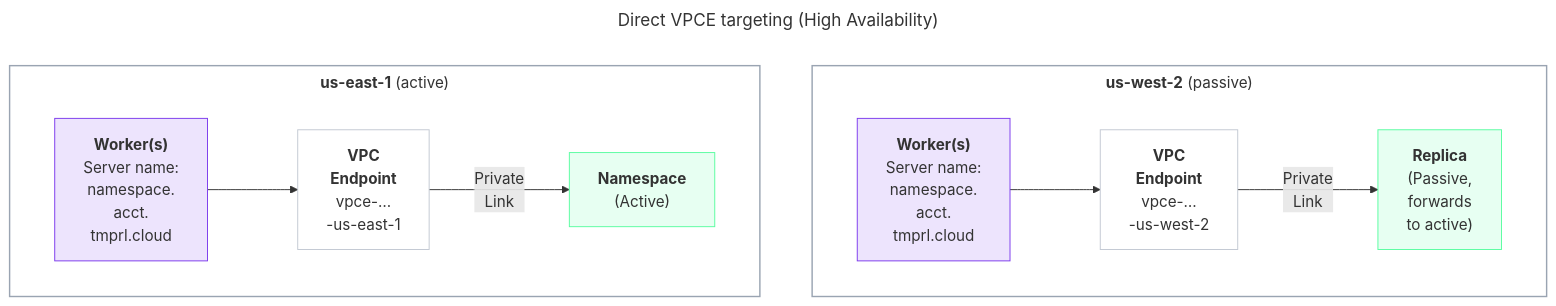
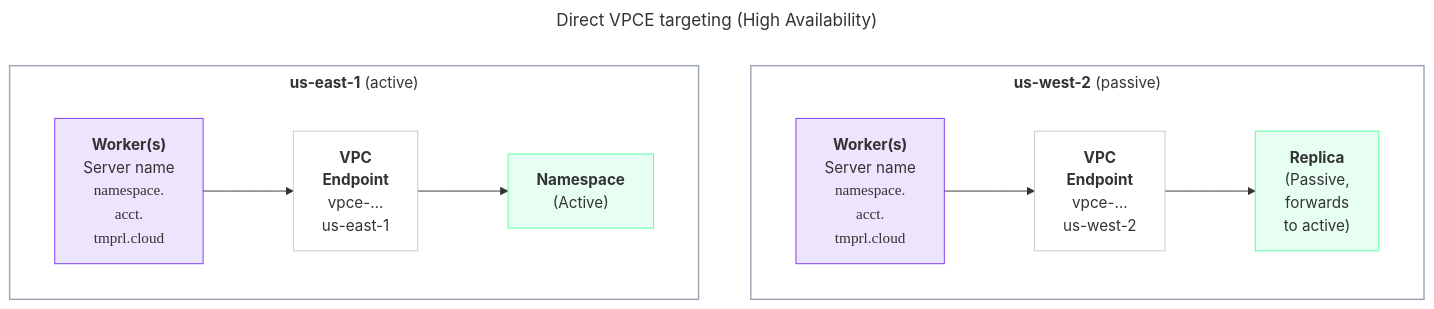
Before and after one commit to temporalio/documentation: the second of 2 diagrams in docs/cloud/connectivity/aws-connectivity.mdx, drawn with Mermaid.

````diff
--- a/docs/cloud/connectivity/aws-connectivity.mdx
+++ b/docs/cloud/connectivity/aws-connectivity.mdx
@@ -262,28 +262,28 @@
 ```mermaid
 ---
 title: Direct VPCE targeting (High Availability)
 ---
 %%{init: {'themeVariables':{'fontFamily':'Inter, ui-sans-serif, system-ui, sans-serif'},'flowchart':{'nodeSpacing':55,'rankSpacing':70,'curve':'basis','subGraphTitleMargin':{'top':6,'bottom':12}}}}%%
 flowchart TD
     classDef worker fill:#7C3AED22,stroke:#7C3AED,stroke-width:1px;
     classDef ns fill:#59FDA024,stroke:#59FDA0,stroke-width:1px;
     classDef endpoint fill:transparent,stroke:#c2c8d2,stroke-width:1px;
     classDef region fill:transparent,stroke:#9aa4b2,stroke-width:1.5px;
     subgraph HSEC["<b>us-west-2</b> (passive)"]
-      HWB["<b>Worker(s)</b><br/>Server name:<br/>namespace.<br/>acct.<br/>tmprl.cloud"]:::worker
-      HVPB["<b>VPC<br/>Endpoint</b><br/>vpce-…<br/>-us-west-2"]:::endpoint
+      HWB["<b>Worker(s)</b><br/>Server name<br/><span style='font-family:mono'>namespace.<br/>acct.<br/>tmprl.cloud</span>"]:::worker
+      HVPB["<b>VPC<br/>Endpoint</b><br/>vpce-…<br/>us-west-2"]:::endpoint
       HNSB["<b>Replica</b><br/>(Passive,<br/>forwards<br/>to active)"]:::ns
       HWB --> HVPB
-      HVPB -->|Private<br/>Link| HNSB
+      HVPB --> HNSB
     end
     subgraph HPRIM["<b>us-east-1</b> (active)"]
-      HWA["<b>Worker(s)</b><br/>Server name:<br/>namespace.<br/>acct.<br/>tmprl.cloud"]:::worker
-      HVPA["<b>VPC<br/>Endpoint</b><br/>vpce-…<br/>-us-east-1"]:::endpoint
+      HWA["<b>Worker(s)</b><br/>Server name<br/><span style='font-family:mono'>namespace.<br/>acct.<br/>tmprl.cloud</span>"]:::worker
+      HVPA["<b>VPC<br/>Endpoint</b><br/>vpce-…<br/>us-east-1"]:::endpoint
       HNSA["<b>Namespace</b><br/>(Active)"]:::ns
       HWA --> HVPA
-      HVPA -->|Private<br/>Link| HNSA
+      HVPA --> HNSA
     end
     
     
     class HPRIM,HSEC region
 ```
````
